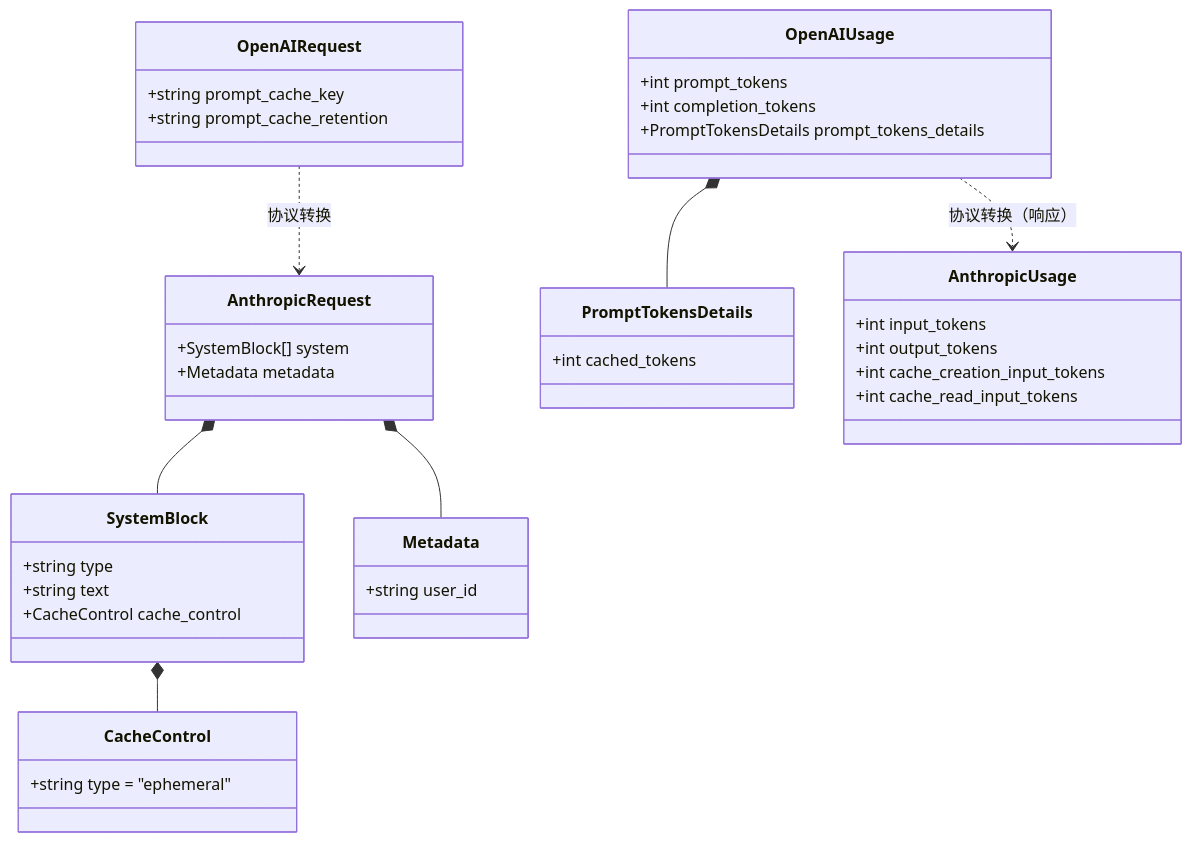
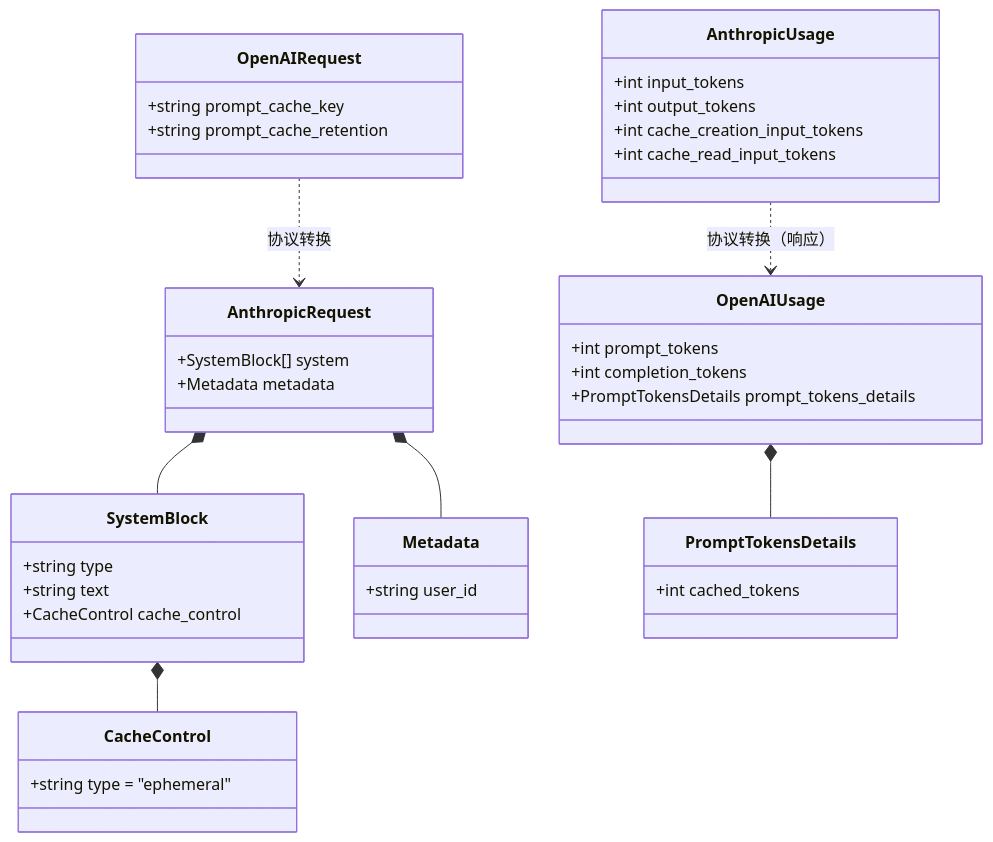
The second of 2 diagrams in docs/superpowers/specs/2026-06-21-protocol-conversion-cache-mapping-design.md (Geek-Bob/LLM-GATEWAY), drawn with Mermaid before and after one commit. The commit also changed other lines of this file and 3 other files, not shown here.

````diff
--- a/docs/superpowers/specs/2026-06-21-protocol-conversion-cache-mapping-design.md
+++ b/docs/superpowers/specs/2026-06-21-protocol-conversion-cache-mapping-design.md
@@ -195,43 +208,43 @@
 ```mermaid
 classDiagram
     class OpenAIRequest {
         +string prompt_cache_key
         +string prompt_cache_retention
     }
     class AnthropicRequest {
         +SystemBlock[] system
         +Metadata metadata
     }
     class SystemBlock {
         +string type
         +string text
         +CacheControl cache_control
     }
     class CacheControl {
         +string type = "ephemeral"
     }
     class Metadata {
         +string user_id
     }
     class OpenAIUsage {
         +int prompt_tokens
         +int completion_tokens
         +PromptTokensDetails prompt_tokens_details
     }
     class PromptTokensDetails {
         +int cached_tokens
     }
     class AnthropicUsage {
         +int input_tokens
         +int output_tokens
         +int cache_creation_input_tokens
         +int cache_read_input_tokens
     }
     
     OpenAIRequest ..> AnthropicRequest : 协议转换
     AnthropicRequest *-- SystemBlock
     SystemBlock *-- CacheControl
     AnthropicRequest *-- Metadata
-    OpenAIUsage ..> AnthropicUsage : 协议转换（响应）
+    AnthropicUsage ..> OpenAIUsage : 协议转换（响应）
     OpenAIUsage *-- PromptTokensDetails
 ```
````
